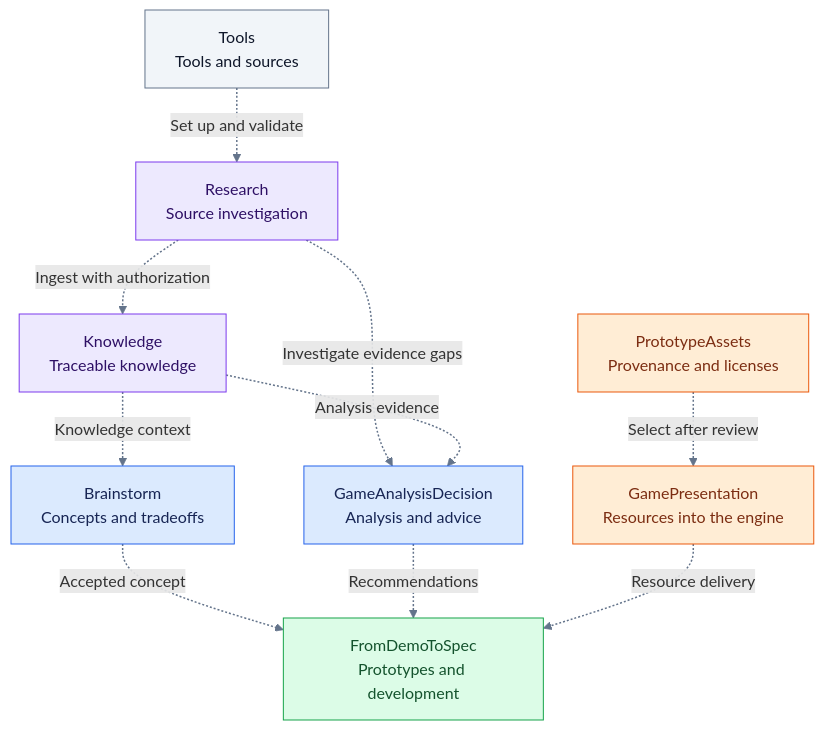
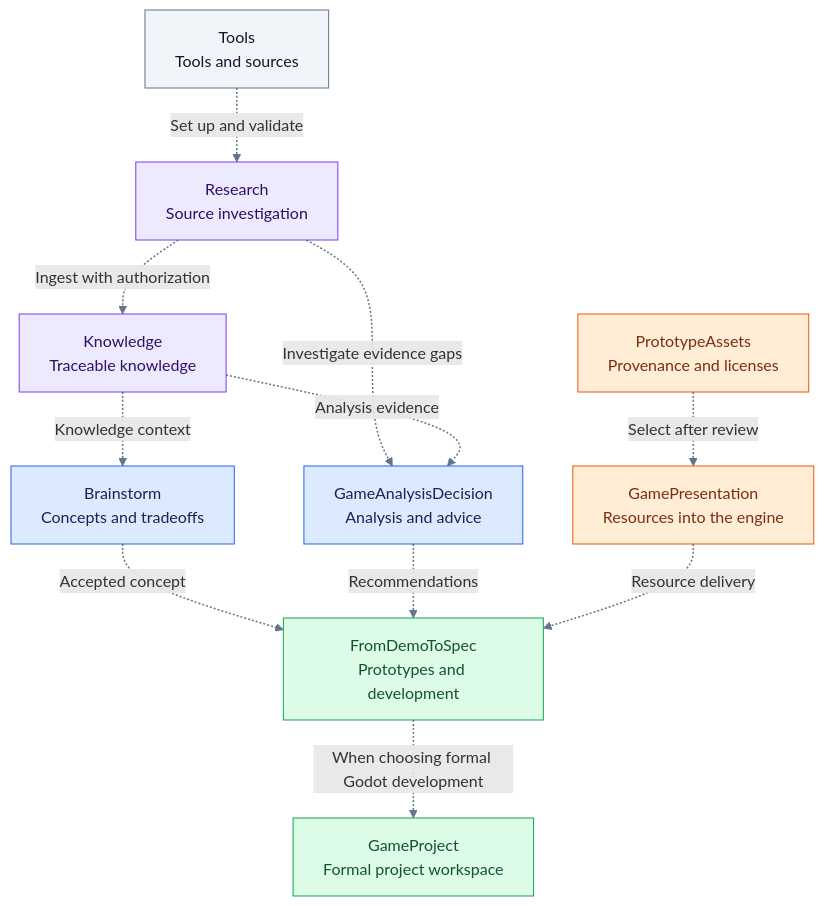
The first of 2 diagrams in README.en.md (ZhongTyler/AgentWorkSpace), drawn with Mermaid before and after one commit. The commit also changed other lines of this file and 84 other files, not shown here.

First line of the commit message:
feat(release): publish optional GameProject workspace in 1.13.0

````diff
--- a/README.en.md
+++ b/README.en.md
@@ -27,28 +27,30 @@
 ```mermaid
 flowchart TB
     Tools["Tools<br/>Tools and sources"]:::support
     Research["Research<br/>Source investigation"]:::evidence
     Knowledge["Knowledge<br/>Traceable knowledge"]:::evidence
     Brainstorm["Brainstorm<br/>Concepts and tradeoffs"]:::work
     Analysis["GameAnalysisDecision<br/>Analysis and advice"]:::work
     Prototype["FromDemoToSpec<br/>Prototypes and development"]:::delivery
+    Project["GameProject<br/>Formal project workspace"]:::delivery
     Assets["PrototypeAssets<br/>Provenance and licenses"]:::assets
     Presentation["GamePresentation<br/>Resources into the engine"]:::assets
 
     Tools -. "Set up and validate" .-> Research
     Research -. "Ingest with authorization" .-> Knowledge
     Research -. "Investigate evidence gaps" .-> Analysis
     Knowledge -. "Knowledge context" .-> Brainstorm
     Knowledge -. "Analysis evidence" .-> Analysis
     Brainstorm -. "Accepted concept" .-> Prototype
     Analysis -. "Recommendations" .-> Prototype
     Assets -. "Select after review" .-> Presentation
     Presentation -. "Resource delivery" .-> Prototype
+    Prototype -. "When choosing formal Godot development" .-> Project
 
     linkStyle default stroke:#64748b,stroke-width:1.5px
     classDef support fill:#f1f5f9,stroke:#64748b,color:#0f172a
     classDef evidence fill:#ede9fe,stroke:#7c3aed,color:#2e1065
     classDef work fill:#dbeafe,stroke:#2563eb,color:#172554
     classDef assets fill:#ffedd5,stroke:#ea580c,color:#7c2d12
     classDef delivery fill:#dcfce7,stroke:#16a34a,color:#14532d
 ```
````
